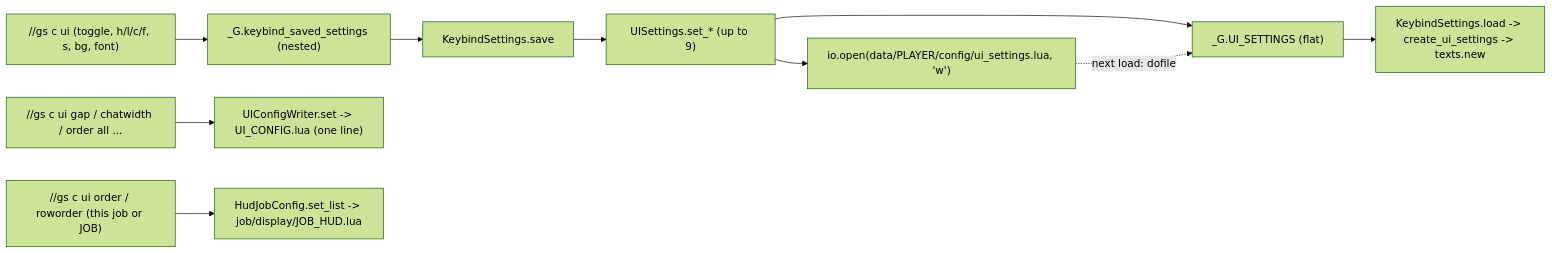
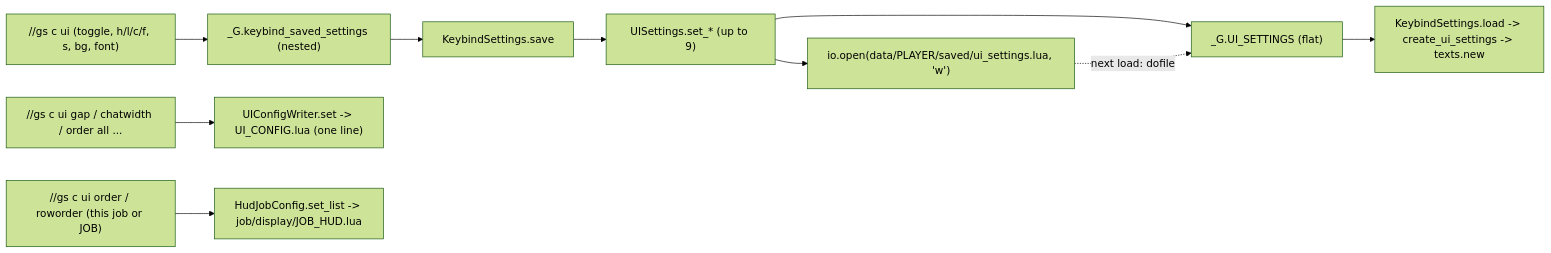
Before and after one commit to ejouanchicot/Gearswap: the fourth of 5 diagrams in docs/dev/systems/ui-overlay.md, drawn with Mermaid (forest theme). The commit also changed other lines of this file and 83 other files, not shown here.

````diff
--- a/docs/dev/systems/ui-overlay.md
+++ b/docs/dev/systems/ui-overlay.md
@@ -229,12 +234,12 @@
 ```mermaid
 flowchart LR
     CMD["//gs c ui (toggle, h/l/c/f, s, bg, font)"] --> KSS["_G.keybind_saved_settings (nested)"]
     KSS --> KS["KeybindSettings.save"]
     KS --> SET["UISettings.set_* (up to 9)"]
     SET --> GUS["_G.UI_SETTINGS (flat)"]
-    SET --> FILE["io.open(data/PLAYER/config/ui_settings.lua, 'w')"]
+    SET --> FILE["io.open(data/PLAYER/saved/ui_settings.lua, 'w')"]
     FILE -. "next load: dofile" .-> GUS
     GUS --> LOAD["KeybindSettings.load -> create_ui_settings -> texts.new"]
     LOOK["//gs c ui gap / chatwidth / order all ..."] --> W["UIConfigWriter.set -> UI_CONFIG.lua (one line)"]
     ORD["//gs c ui order / roworder (this job or JOB)"] --> HJ["HudJobConfig.set_list -> job/display/JOB_HUD.lua"]
 ```
````
